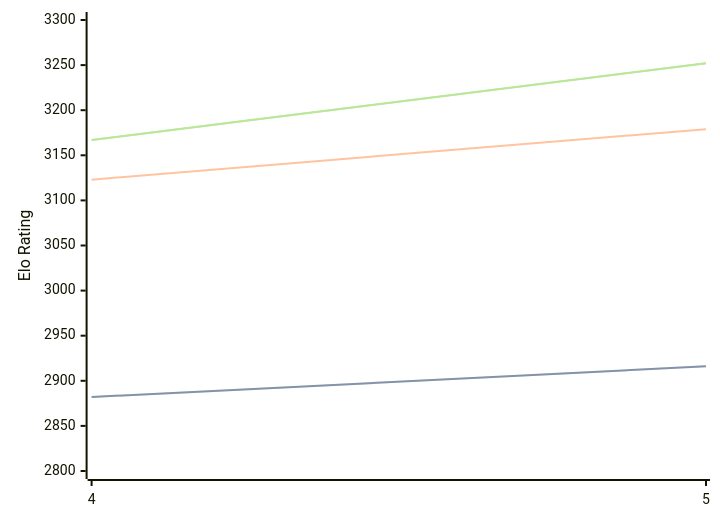
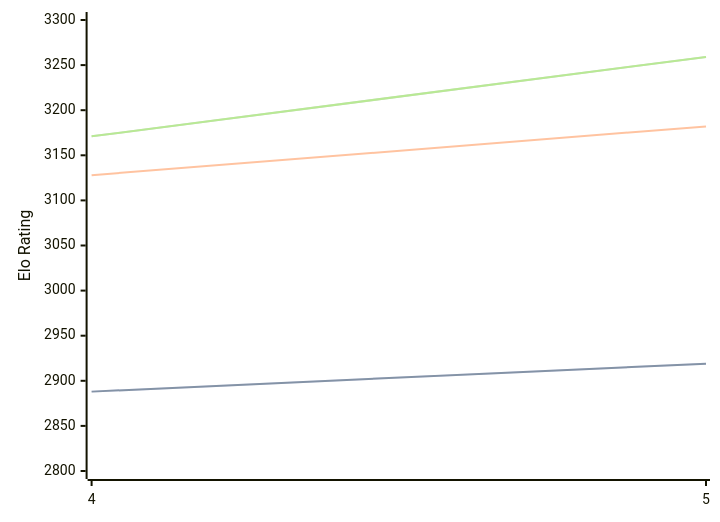
The diagram in engines/Cwtch.md (computer-chess-index/cci), drawn with Mermaid before and after one commit. The commit also changed other lines of this file, not shown here.

Commit message:
Update CCI Ratings (ELO VLTC) - 2026-04-18

````diff
--- a/engines/Cwtch.md
+++ b/engines/Cwtch.md
@@ -34,11 +34,11 @@
 ```mermaid
 %%{init: {"theme":"base","themeVariables":{"seriesColors:['#a3a3a3','#222221','#faa371']}}}%%
 xychart-beta
   x-axis ["4", "5"]
   y-axis "Elo Rating" 2800 --> 3300
-  line "STC (8.0+0.08s)" [2882, 2916]
-  line "STC (8.0+0.08s)" [2882, 2916]
-  line "LTC (60.0+0.60s)" [3123, 3179]
-  line "VLTC (2m24s+1.12s)" [3167, 3252]
-  line "VLTC (2m24s+1.12s)" [3167, 3252]
+  line "STC (8.0+0.08s)" [2888, 2919]
+  line "STC (8.0+0.08s)" [2888, 2919]
+  line "LTC (60.0+0.60s)" [3128, 3182]
+  line "VLTC (2m24s+1.12s)" [3171, 3259]
+  line "VLTC (2m24s+1.12s)" [3171, 3259]
 ```
````
